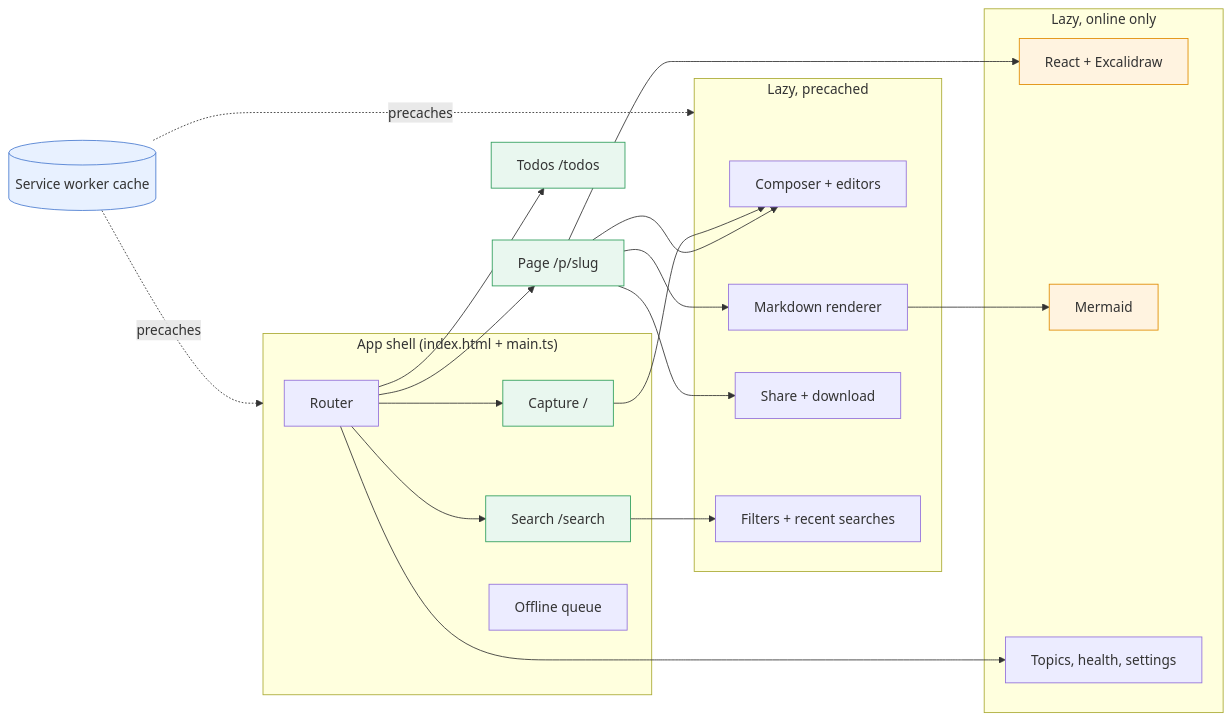
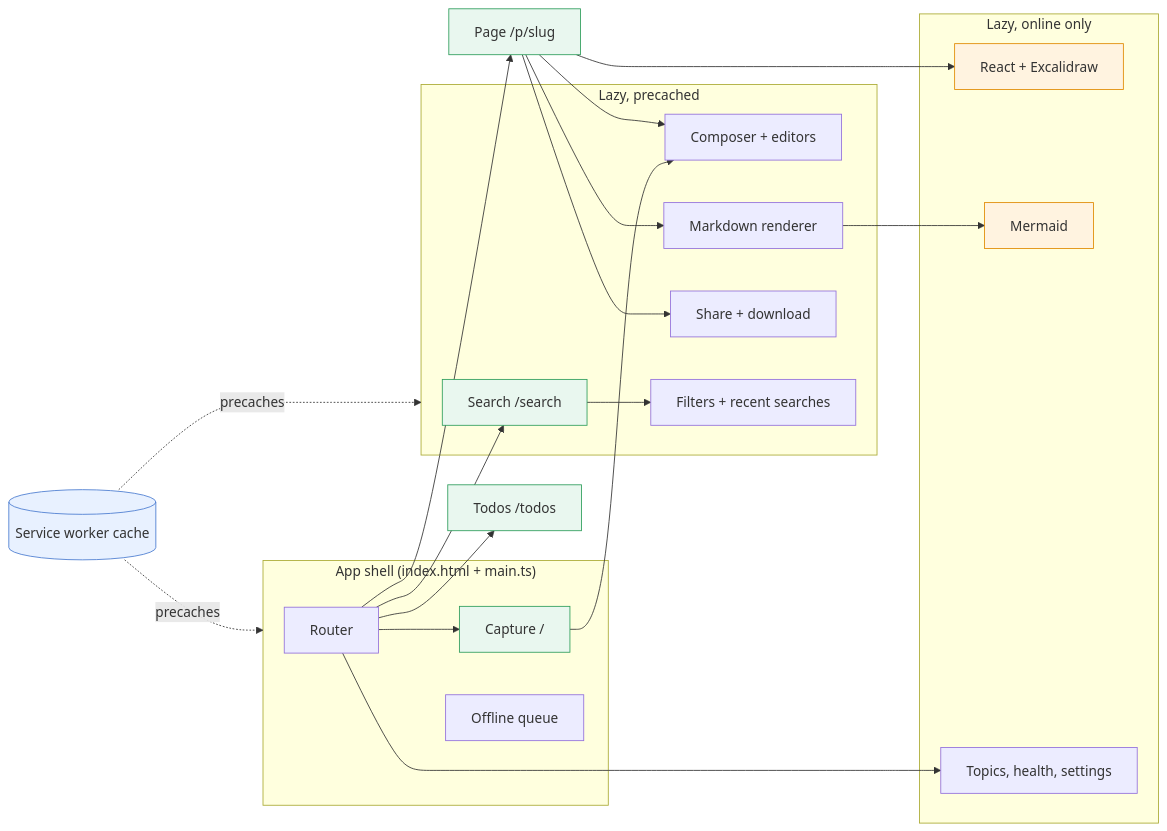
Before and after one commit to gilesknap/scrap: the first of 2 diagrams in docs/explanations/architecture/frontend-pwa.md, drawn with Mermaid. The commit also changed other lines of this file and 40 other files, not shown here.

````diff
--- a/docs/explanations/architecture/frontend-pwa.md
+++ b/docs/explanations/architecture/frontend-pwa.md
@@ -13,39 +13,39 @@
 ```mermaid
 flowchart LR
     subgraph shell["App shell (index.html + main.ts)"]
         router["Router"]
         capture["Capture /"]
-        search["Search /search"]
         queue["Offline queue"]
     end
     todos["Todos /todos"]
     page["Page /p/slug"]
     subgraph offline["Lazy, precached"]
+        search["Search /search"]
         composer["Composer + editors"]
         render["Markdown renderer"]
         sharing["Share + download"]
         refine["Filters + recent searches"]
     end
     subgraph online["Lazy, online only"]
         board["React + Excalidraw"]
         mermaid["Mermaid"]
         other["Topics, health, settings"]
     end
     sw[("Service worker cache")]
 
     router --> capture & search & todos & page
     page --> composer & render & sharing & board
     capture --> composer
     search --> refine
     render --> mermaid
     router --> other
     sw -. precaches .-> shell
     sw -. precaches .-> offline
 
     classDef store fill:#e8f1ff,stroke:#4a7bd0;
     classDef user fill:#e9f7ef,stroke:#2e9d5b;
     classDef claude fill:#fff3e0,stroke:#e08a00;
     class sw store
     class capture,search,todos,page user
     class board,mermaid claude
 ```
````
